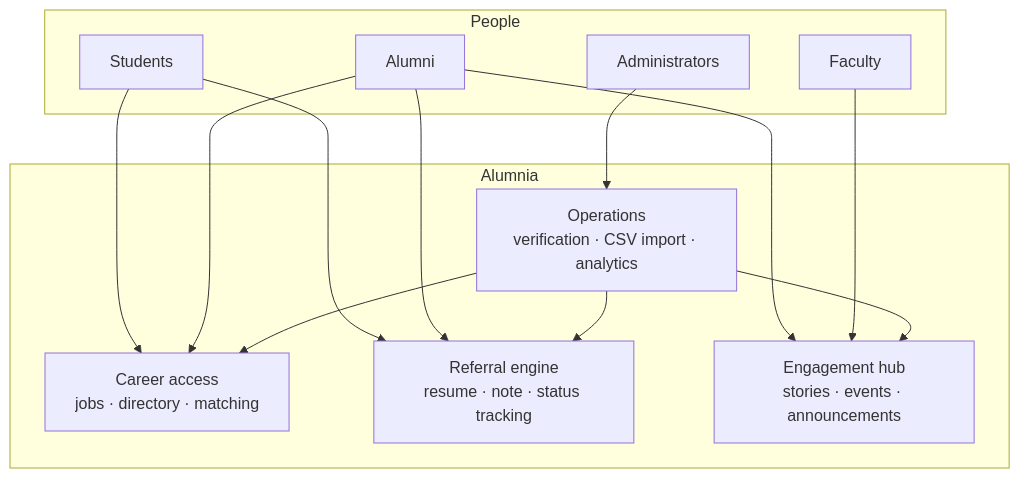
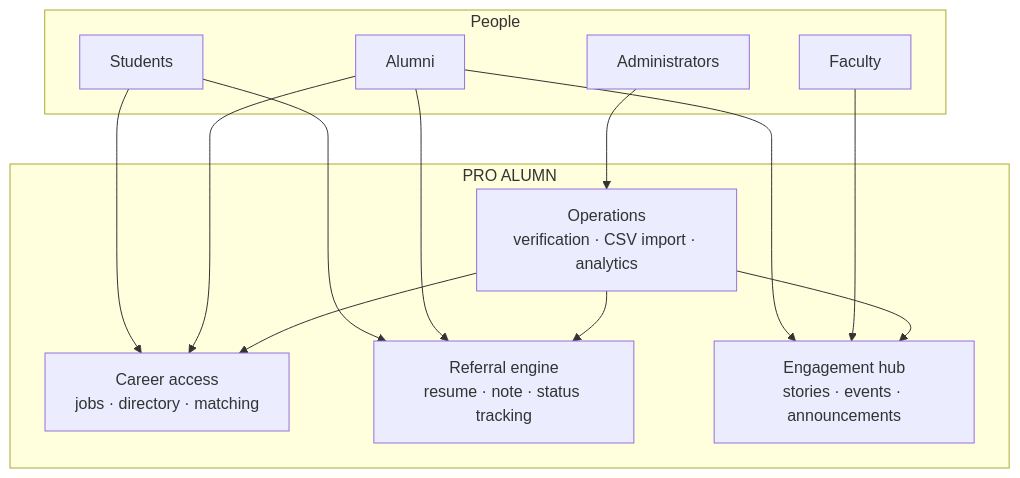
One commit to Satyam33-cv/Alumnia changed the third of 8 diagrams in docs/IDEA-DOCUMENTATION.md. Above: the diagram before and after it, drawn with Mermaid. The commit also changed other lines of this file and 73 other files, not shown here.

Commit message:
Project Rename: Alumnia → PRO ALUMN This plan outlines the steps to perform a widespread rebranding of the project, changing its name from "Alumnia" (and the older "AlumniConnect") to "PRO ALUMN" across the codebase.

````diff
--- a/docs/IDEA-DOCUMENTATION.md
+++ b/docs/IDEA-DOCUMENTATION.md
@@ -68,27 +68,27 @@
 ```mermaid
 flowchart TB
     subgraph People
       ST[Students]
       AL[Alumni]
       FA[Faculty]
       AD[Administrators]
     end
 
-    subgraph Alumnia
+    subgraph PRO ALUMN
       CA[Career access<br/>jobs · directory · matching]
       RE[Referral engine<br/>resume · note · status tracking]
       EN[Engagement hub<br/>stories · events · announcements]
       OP[Operations<br/>verification · CSV import · analytics]
     end
 
     ST --> CA
     ST --> RE
     AL --> CA
     AL --> RE
     AL --> EN
     FA --> EN
     AD --> OP
     OP --> CA
     OP --> RE
     OP --> EN
 ```
````
